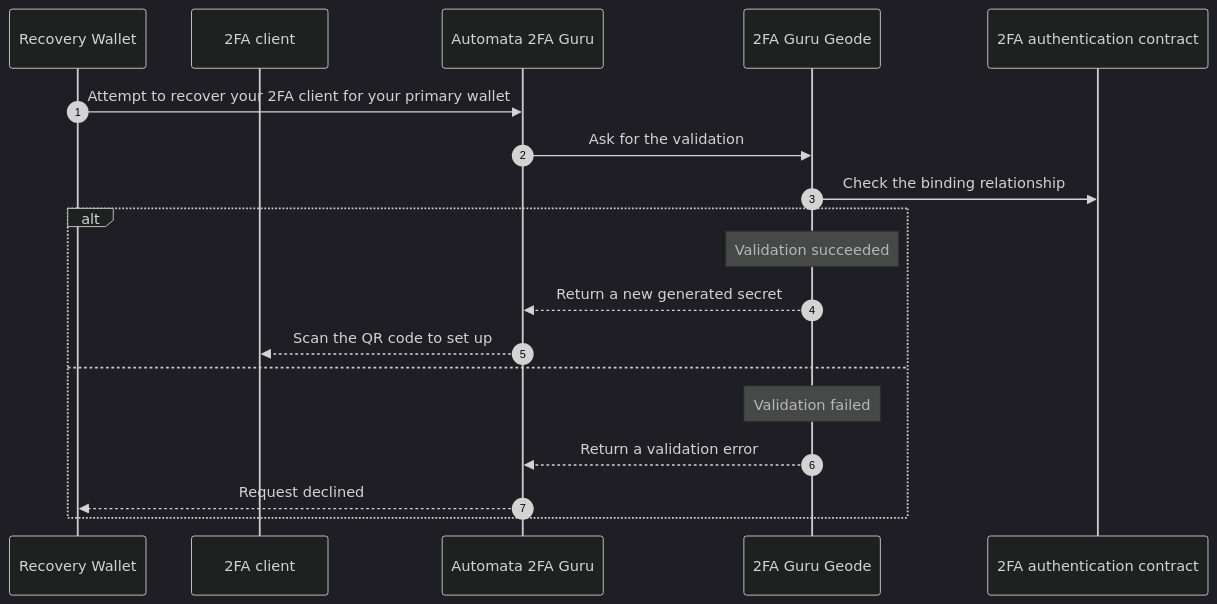
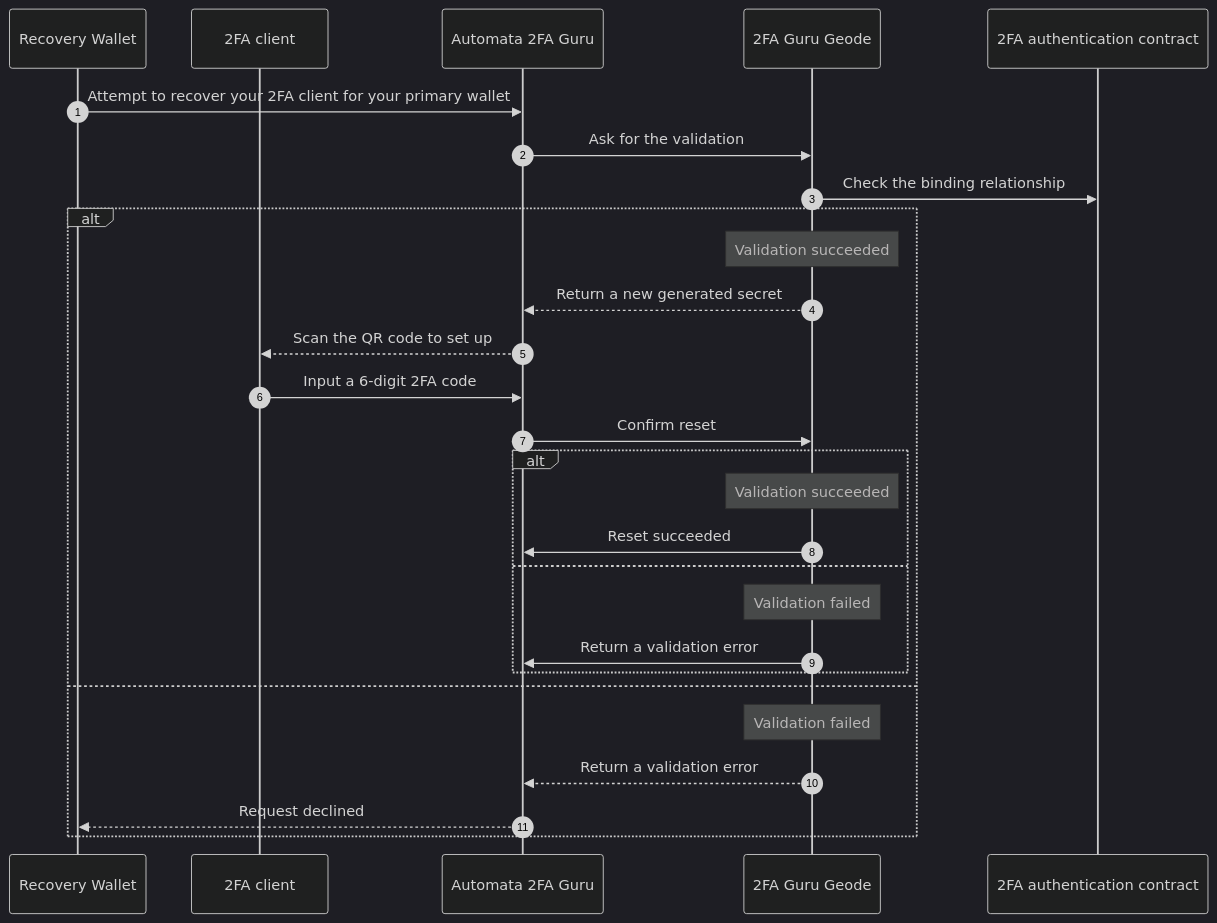
One commit to automata-network/docs changed the second of 2 diagrams in docs/2fa/developers/workflow.md. Above: the diagram before and after it, drawn with Mermaid (dark theme). The commit also changed other lines of this file, not shown here.

Commit message:
Update workflow diagram

````diff
--- a/docs/2fa/developers/workflow.md
+++ b/docs/2fa/developers/workflow.md
@@ -35,22 +36,31 @@
 ``` mermaid
 sequenceDiagram
   autonumber
     participant RW as Recovery Wallet
     participant Client as 2FA client
     participant DApp as Automata 2FA Guru
     participant Geode as 2FA Guru Geode
     participant Contract as 2FA authentication contract
   
   RW->>DApp: Attempt to recover your 2FA client for your primary wallet
   DApp->>Geode: Ask for the validation
   Geode->>Contract: Check the binding relationship
   alt
     note over Geode: Validation succeeded
     Geode-->>DApp: Return a new generated secret
     DApp-->>Client: Scan the QR code to set up
+    Client->>DApp: Input a 6-digit 2FA code
+    DApp->>Geode: Confirm reset
+    alt
+      note over Geode: Validation succeeded
+      Geode->>DApp: Reset succeeded
+    else
+      note over Geode: Validation failed
+      Geode->>DApp: Return a validation error
+    end
   else
     note over Geode: Validation failed
     Geode-->>DApp: Return a validation error
     DApp-->>RW: Request declined
   end
 ```
````
